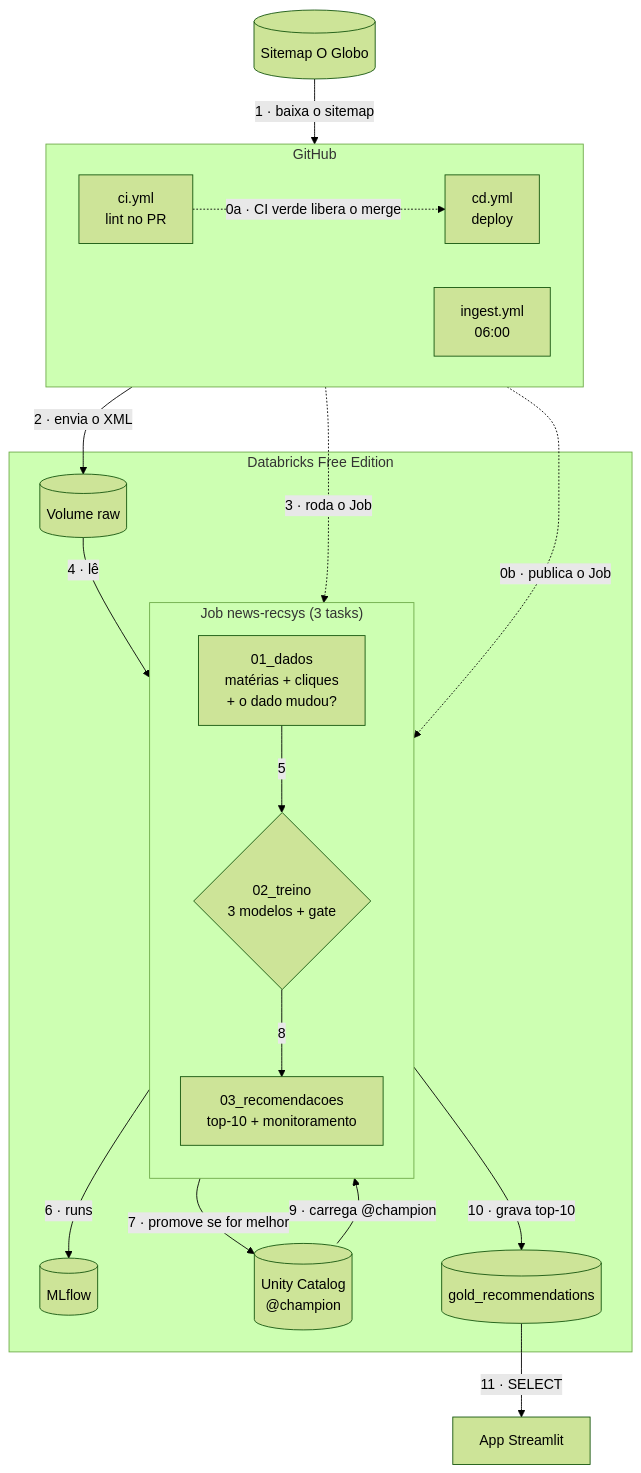
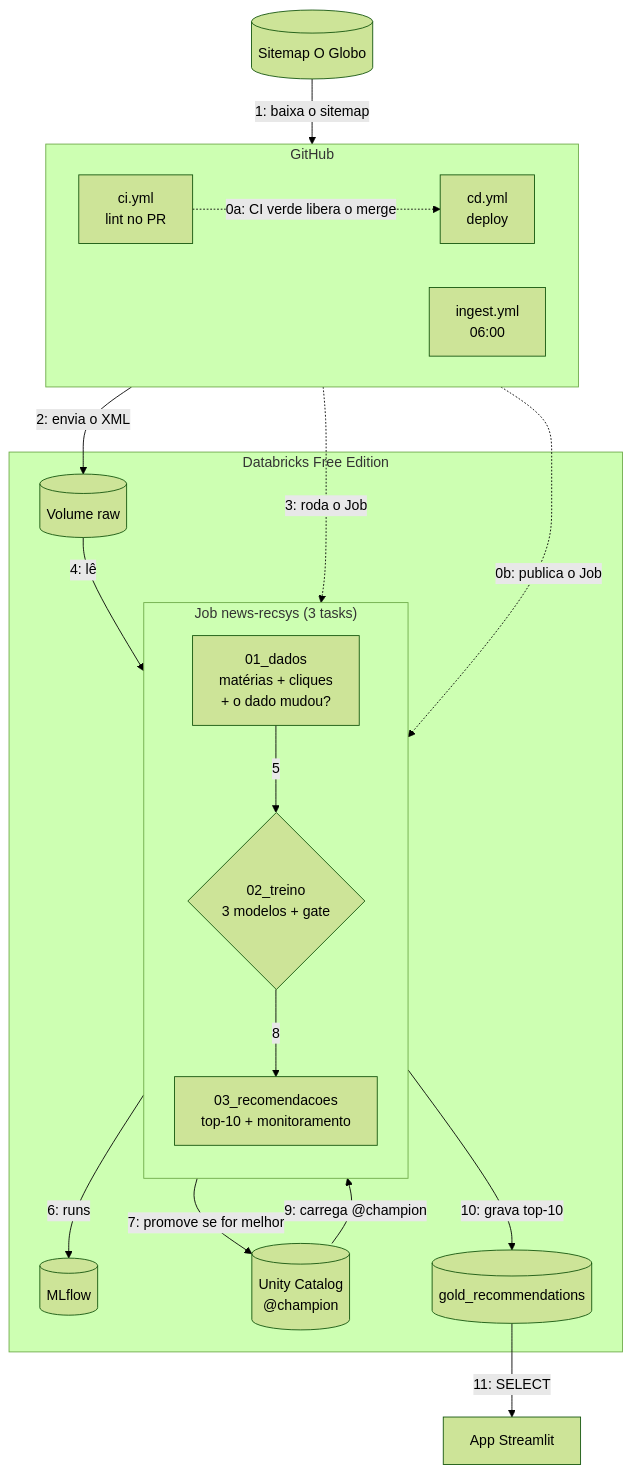
Before and after one commit to will3g/news-recsys-databricks: the first of 4 diagrams in docs/ARQUITETURA.md, drawn with Mermaid (forest theme). The commit also changed other lines of this file and 7 other files, not shown here.

````diff
--- a/docs/ARQUITETURA.md
+++ b/docs/ARQUITETURA.md
@@ -8,40 +5,40 @@
 ```mermaid
 flowchart TB
     SM[("Sitemap O Globo")]
 
     subgraph GH["GitHub"]
         direction LR
         CI["ci.yml<br/>lint no PR"]
         CD["cd.yml<br/>deploy"]
         ING["ingest.yml<br/>06:00"]
     end
 
     subgraph DBX["Databricks Free Edition"]
         VOL[("Volume raw")]
         subgraph JOB["Job news-recsys (3 tasks)"]
             direction TB
             N1["01_dados<br/>matérias + cliques<br/>+ o dado mudou?"]
             N2{"02_treino<br/>3 modelos + gate"}
             N3["03_recomendacoes<br/>top-10 + monitoramento"]
         end
         MLF[("MLflow")]
         UC[("Unity Catalog<br/>@champion")]
         GOLD[("gold_recommendations")]
     end
 
     APP["App Streamlit"]
 
-    CI -. "0a · CI verde libera o merge" .-> CD
-    CD -. "0b · publica o Job" .-> JOB
-    SM -- "1 · baixa o sitemap" --> ING
-    ING -- "2 · envia o XML" --> VOL
-    ING -. "3 · roda o Job" .-> N1
-    VOL -- "4 · lê" --> N1
+    CI -. "0a: CI verde libera o merge" .-> CD
+    CD -. "0b: publica o Job" .-> JOB
+    SM -- "1: baixa o sitemap" --> ING
+    ING -- "2: envia o XML" --> VOL
+    ING -. "3: roda o Job" .-> N1
+    VOL -- "4: lê" --> N1
     N1 -- "5" --> N2
-    N2 -- "6 · runs" --> MLF
-    N2 -- "7 · promove se for melhor" --> UC
+    N2 -- "6: runs" --> MLF
+    N2 -- "7: promove se for melhor" --> UC
     N2 -- "8" --> N3
-    UC -- "9 · carrega @champion" --> N3
-    N3 -- "10 · grava top-10" --> GOLD
-    GOLD -- "11 · SELECT" --> APP
+    UC -- "9: carrega @champion" --> N3
+    N3 -- "10: grava top-10" --> GOLD
+    GOLD -- "11: SELECT" --> APP
 ```
````
